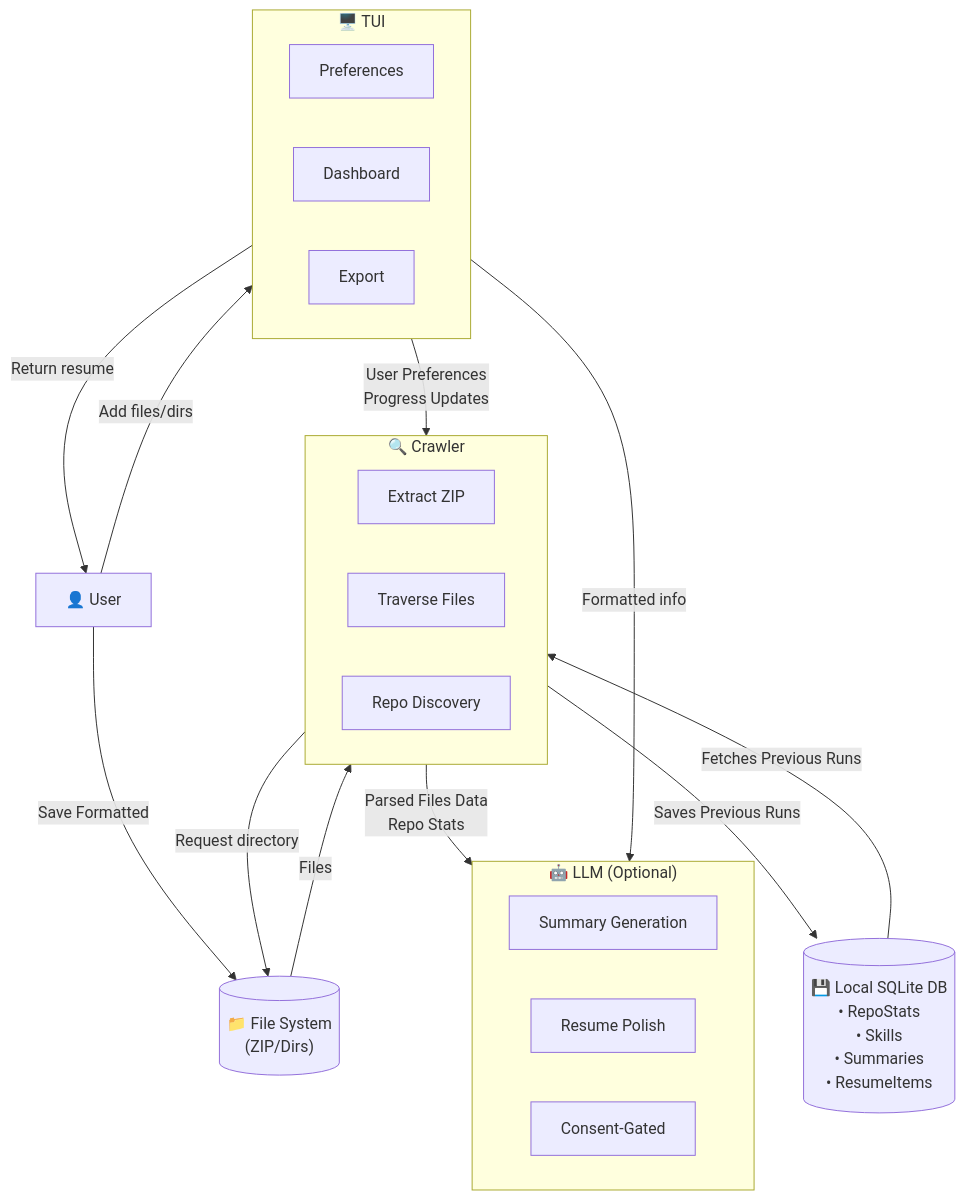
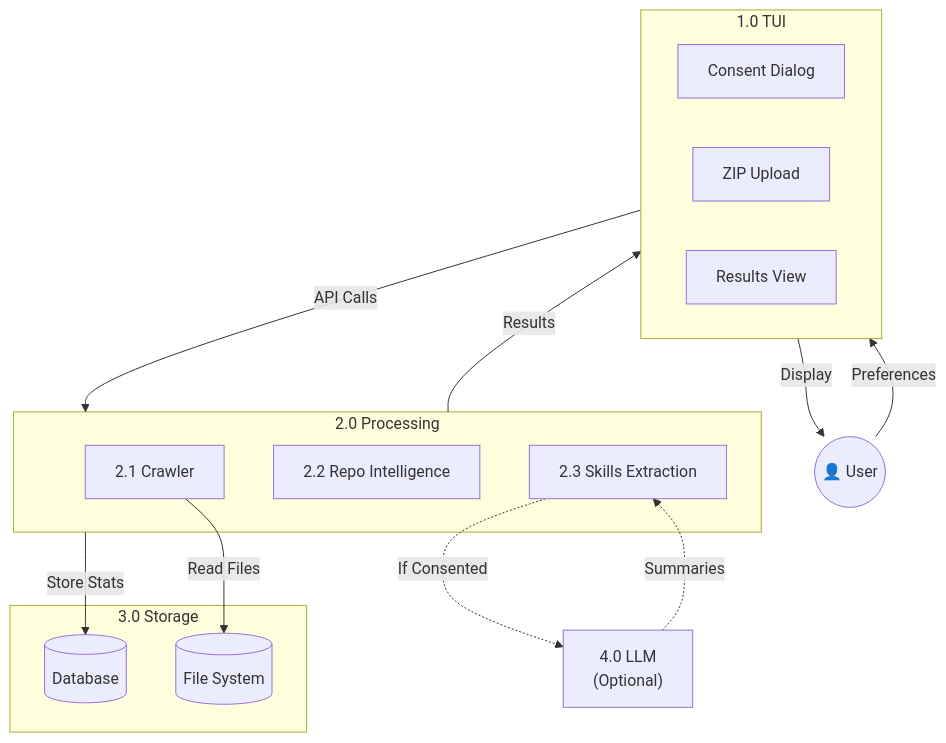
The third of 3 diagrams in README.md (COSC-499-W2025/capstone-project-team-1), drawn with Mermaid before and after one commit. The commit also changed other lines of this file, not shown here.

Commit message:
docs: replace image links with Mermaid diagrams for System Architecture and DFD

````diff
--- a/README.md
+++ b/README.md
@@ -189,40 +85,32 @@
 ```mermaid
 flowchart TB
-    User["👤 User"]
+    User(("👤 User"))
     
-    subgraph TUI["🖥️ TUI"]
-        Prefs["Preferences"]
-        Dashboard["Dashboard"]
-        Export["Export"]
+    subgraph TUI["1.0 TUI"]
+        Consent["Consent Dialog"]
+        Upload["ZIP Upload"]
+        Results["Results View"]
     end
     
-    FS[("📁 File System\n(ZIP/Dirs)")]
-    
-    subgraph Crawler["🔍 Crawler"]
-        Extract["Extract ZIP"]
-        Traverse["Traverse Files"]
-        Discover["Repo Discovery"]
+    subgraph Processing["2.0 Processing"]
+        Crawler["2.1 Crawler"]
+        RepoIntel["2.2 Repo Intelligence"]
+        Skills["2.3 Skills Extraction"]
     end
     
-    subgraph LLM["🤖 LLM (Optional)"]
-        SummaryGen["Summary Generation"]
-        ResumePolish["Resume Polish"]
-        ConsentGated["Consent-Gated"]
+    subgraph Storage["3.0 Storage"]
+        DB[("Database")]
+        FS[("File System")]
     end
     
-    DB[("💾 Local SQLite DB\n• RepoStats\n• Skills\n• Summaries\n• ResumeItems")]
+    LLM["4.0 LLM<br/>(Optional)"]
     
-    User -->|"Add files/dirs"| TUI
-    TUI -->|"Return resume"| User
-    User -->|"Save Formatted"| FS
-    
-    TUI -->|"User Preferences\nProgress Updates"| Crawler
-    FS -->|"Files"| Crawler
-    Crawler -->|"Request directory"| FS
-    
-    Crawler -->|"Parsed Files Data\nRepo Stats"| LLM
-    TUI -->|"Formatted info"| LLM
-    
-    Crawler -->|"Saves Previous Runs"| DB
-    DB -->|"Fetches Previous Runs"| Crawler
+    User -->|"Preferences"| TUI
+    TUI -->|"API Calls"| Processing
+    Crawler -->|"Read Files"| FS
+    Processing -->|"Store Stats"| DB
+    Skills -.->|"If Consented"| LLM
+    LLM -.->|"Summaries"| Skills
+    Processing -->|"Results"| TUI
+    TUI -->|"Display"| User
 ```
````
